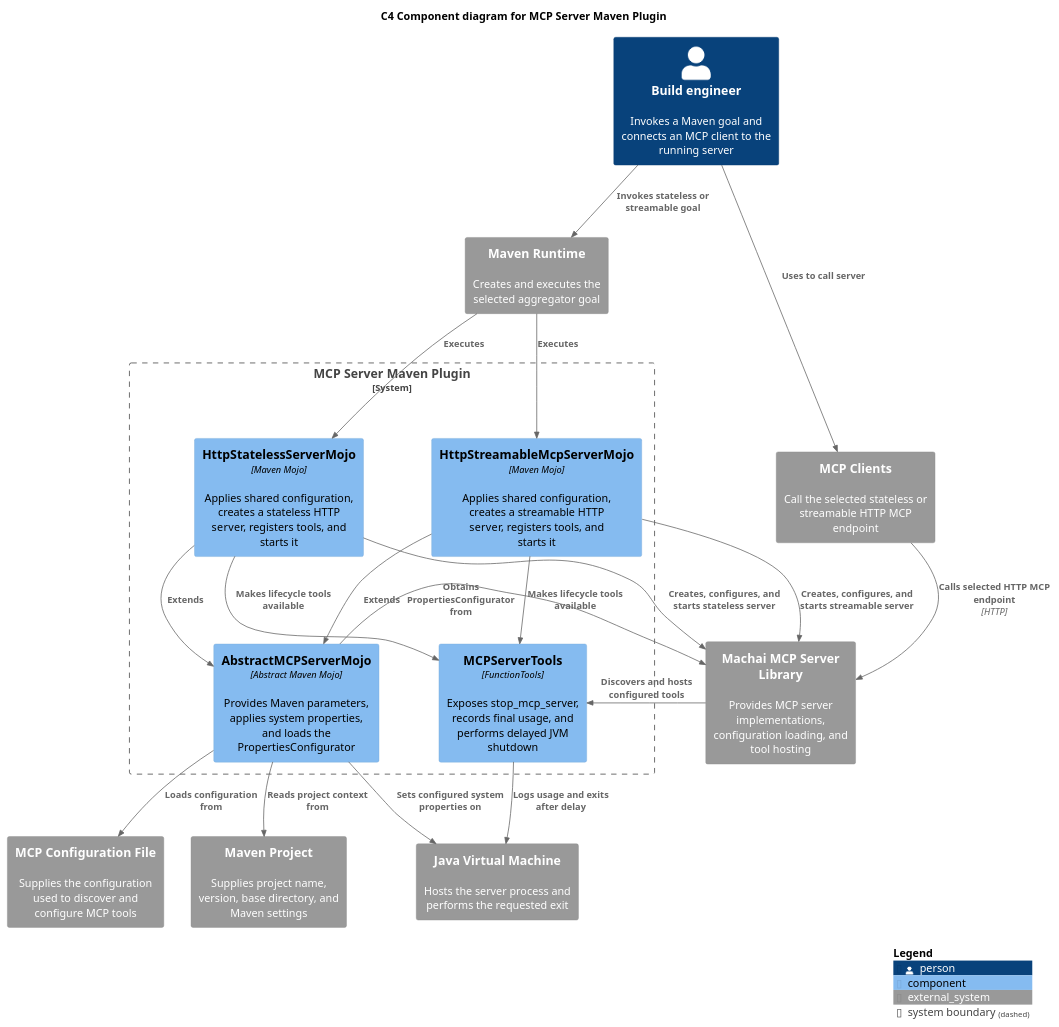
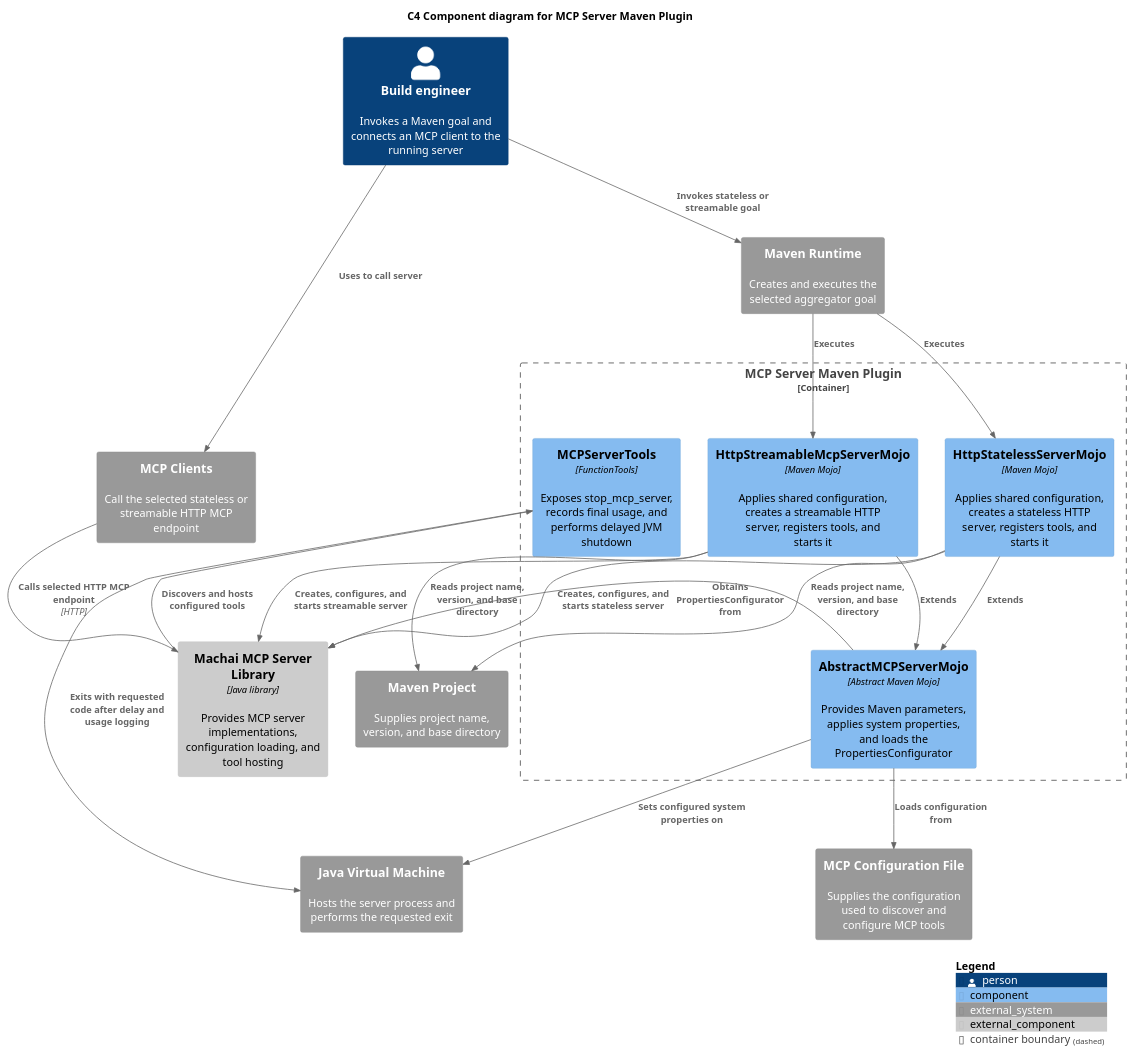
Before and after one commit to machanism-org/mcp-server-maven-plugin: the diagram in src/site/puml/c4-diagram.puml, drawn with PlantUML.

Commit message:
docs: clarify MCP server plugin architecture
Clarify the plugin execution boundary, project metadata inputs, library dependency, and server tool behavior; remove implied lifecycle-tool relationships that the model does not support.

```diff
--- a/src/site/puml/c4-diagram.puml
+++ b/src/site/puml/c4-diagram.puml
@@ -10,41 +10,40 @@
 @startuml
 !includeurl https://raw.githubusercontent.com/plantuml-stdlib/C4-PlantUML/master/C4_Component.puml
 
-LAYOUT_WITH_LEGEND()
+LAYOUT_TOP_DOWN()
 title C4 Component diagram for MCP Server Maven Plugin
 
 Person(developer, "Build engineer", "Invokes a Maven goal and connects an MCP client to the running server")
 System_Ext(maven, "Maven Runtime", "Creates and executes the selected aggregator goal")
-System_Ext(mavenProject, "Maven Project", "Supplies project name, version, base directory, and Maven settings")
+System_Ext(mavenProject, "Maven Project", "Supplies project name, version, and base directory")
 System_Ext(mcpConfigFile, "MCP Configuration File", "Supplies the configuration used to discover and configure MCP tools")
 System_Ext(mcpClients, "MCP Clients", "Call the selected stateless or streamable HTTP MCP endpoint")
-System_Ext(mcpLibrary, "Machai MCP Server Library", "Provides MCP server implementations, configuration loading, and tool hosting")
+Component_Ext(mcpLibrary, "Machai MCP Server Library", "Java library", "Provides MCP server implementations, configuration loading, and tool hosting")
 System_Ext(jvm, "Java Virtual Machine", "Hosts the server process and performs the requested exit")
 
-System_Boundary(plugin, "MCP Server Maven Plugin") {
+Container_Boundary(plugin, "MCP Server Maven Plugin") {
   Component(statelessMojo, "HttpStatelessServerMojo", "Maven Mojo", "Applies shared configuration, creates a stateless HTTP server, registers tools, and starts it")
   Component(streamableMojo, "HttpStreamableMcpServerMojo", "Maven Mojo", "Applies shared configuration, creates a streamable HTTP server, registers tools, and starts it")
   Component(abstractMojo, "AbstractMCPServerMojo", "Abstract Maven Mojo", "Provides Maven parameters, applies system properties, and loads the PropertiesConfigurator")
   Component(serverTools, "MCPServerTools", "FunctionTools", "Exposes stop_mcp_server, records final usage, and performs delayed JVM shutdown")
 }
 
 Rel(developer, maven, "Invokes stateless or streamable goal")
 Rel(developer, mcpClients, "Uses to call server")
 Rel(maven, statelessMojo, "Executes")
 Rel(maven, streamableMojo, "Executes")
 Rel(statelessMojo, abstractMojo, "Extends")
 Rel(streamableMojo, abstractMojo, "Extends")
-Rel(abstractMojo, mavenProject, "Reads project context from")
+Rel(statelessMojo, mavenProject, "Reads project name, version, and base directory")
+Rel(streamableMojo, mavenProject, "Reads project name, version, and base directory")
 Rel(abstractMojo, mcpConfigFile, "Loads configuration from")
 Rel(abstractMojo, mcpLibrary, "Obtains PropertiesConfigurator from")
 Rel(abstractMojo, jvm, "Sets configured system properties on")
 Rel(statelessMojo, mcpLibrary, "Creates, configures, and starts stateless server")
 Rel(streamableMojo, mcpLibrary, "Creates, configures, and starts streamable server")
-Rel(statelessMojo, serverTools, "Makes lifecycle tools available")
-Rel(streamableMojo, serverTools, "Makes lifecycle tools available")
 Rel(mcpLibrary, serverTools, "Discovers and hosts configured tools")
 Rel(mcpClients, mcpLibrary, "Calls selected HTTP MCP endpoint", "HTTP")
-Rel(serverTools, jvm, "Logs usage and exits after delay")
+Rel(serverTools, jvm, "Exits with requested code after delay and usage logging")
 
 SHOW_LEGEND()
 @enduml
```
